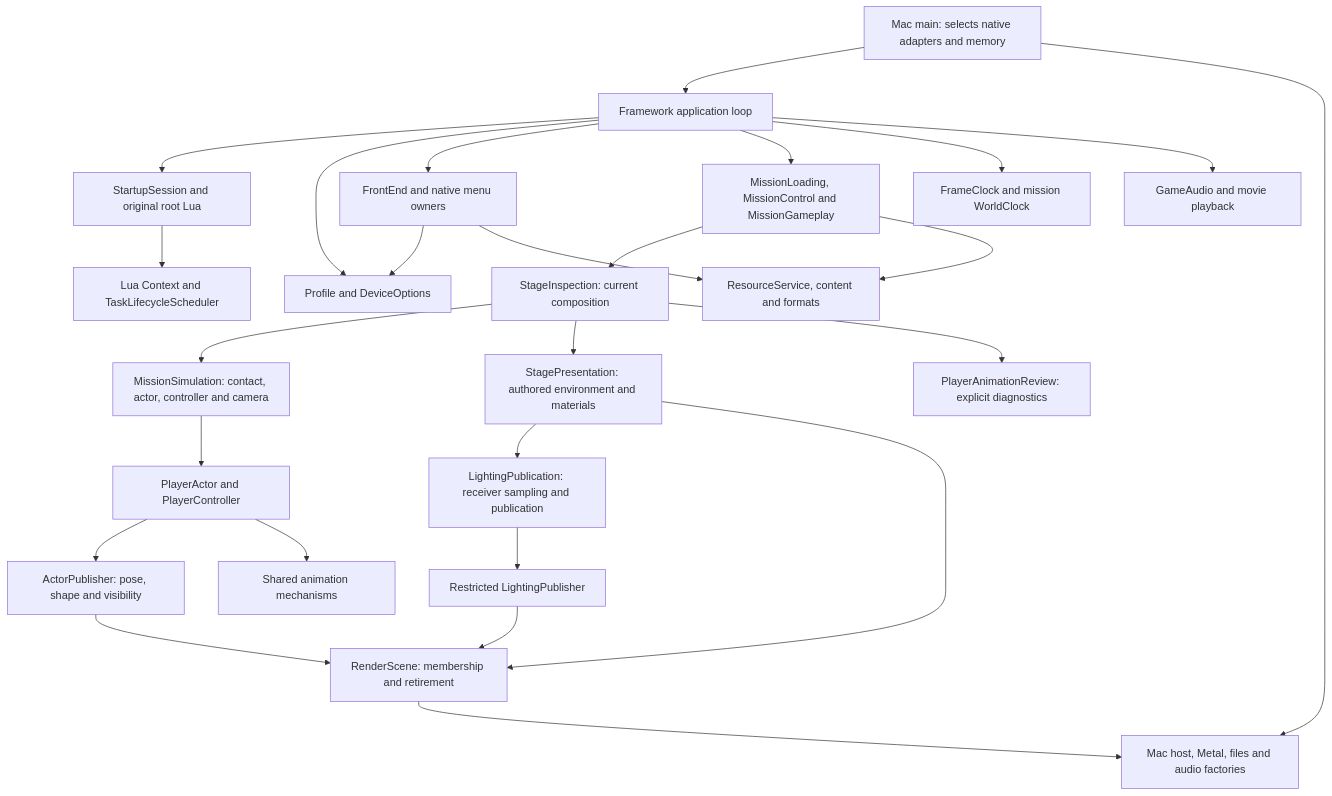
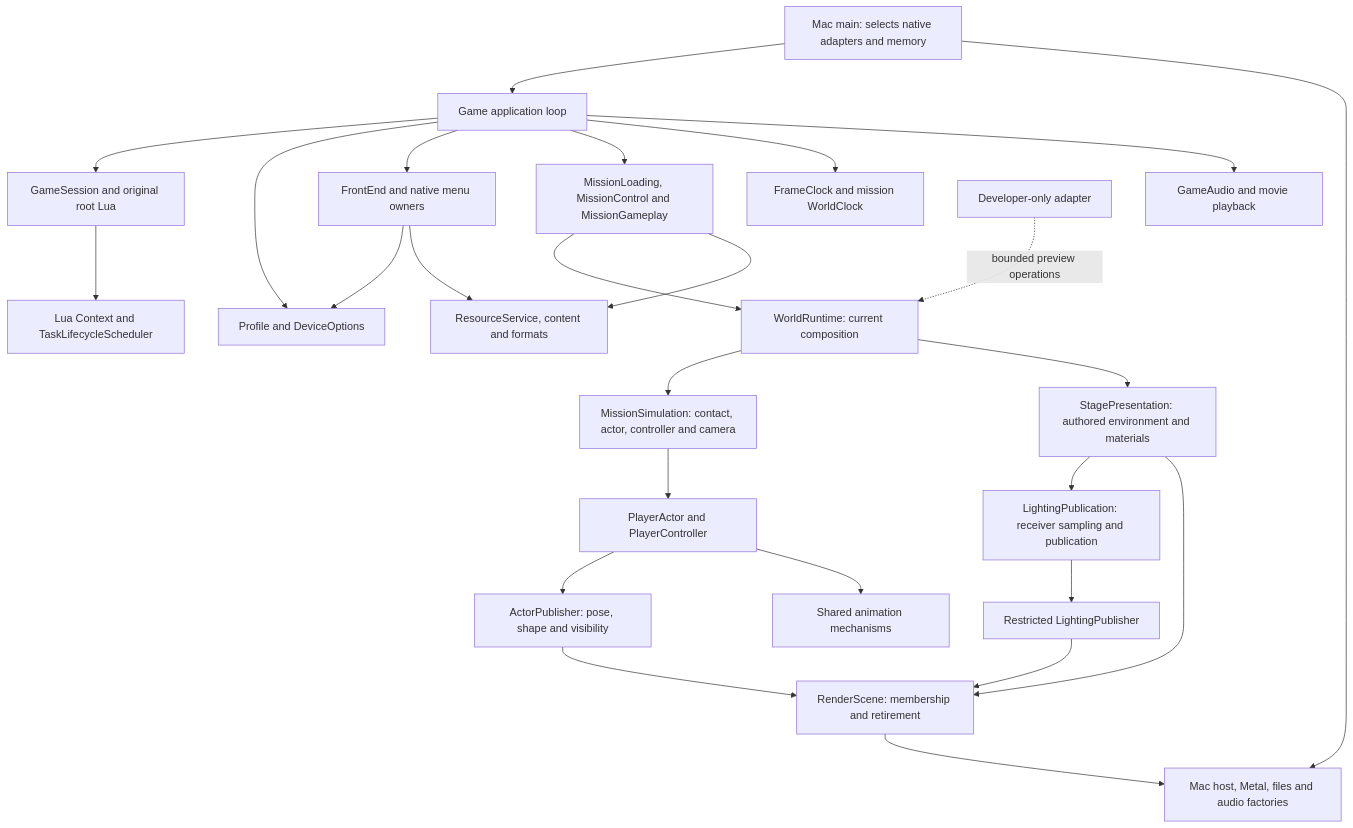
Before and after one commit to plainsight-systems/bullet-witch: the first of 4 diagrams in docs/architecture/current-ownership.md, drawn with Mermaid. The commit also changed other lines of this file and 803 other files, not shown here.

Commit message:
Reorganize engine and game systems with explicit ownership boundaries

````diff
--- a/docs/architecture/current-ownership.md
+++ b/docs/architecture/current-ownership.md
@@ -21,28 +28,28 @@
 ```mermaid
 flowchart TD
-  Entry[Mac main: selects native adapters and memory] --> App[Framework application loop]
+  Entry[Mac main: selects native adapters and memory] --> App[Game application loop]
   Entry --> Native[Mac host, Metal, files and audio factories]
-  App --> Session[StartupSession and original root Lua]
+  App --> Session[GameSession and original root Lua]
   App --> State[Profile and DeviceOptions]
   App --> Front[FrontEnd and native menu owners]
   App --> Mission[MissionLoading, MissionControl and MissionGameplay]
   App --> Timing[FrameClock and mission WorldClock]
   App --> Audio[GameAudio and movie playback]
   Session --> Tasks[Lua Context and TaskLifecycleScheduler]
   Front --> State
-  Mission --> Stage[StageInspection: current composition]
+  Mission --> Stage[WorldRuntime: current composition]
   Stage --> Simulation[MissionSimulation: contact, actor, controller and camera]
   Stage --> Presentation[StagePresentation: authored environment and materials]
-  Stage --> Review[PlayerAnimationReview: explicit diagnostics]
+  Debug[Developer-only adapter] -. bounded preview operations .-> Stage
   Simulation --> Actor[PlayerActor and PlayerController]
   Presentation --> Light[LightingPublication: receiver sampling and publication]
   Light --> LightPublisher[Restricted LightingPublisher]
   LightPublisher --> Render[RenderScene: membership and retirement]
   Presentation --> Render
   Actor --> Publisher[ActorPublisher: pose, shape and visibility]
   Publisher --> Render
   Render --> Native
   Mission --> Assets[ResourceService, content and formats]
   Front --> Assets
   Actor --> Animation[Shared animation mechanisms]
 ```
````
